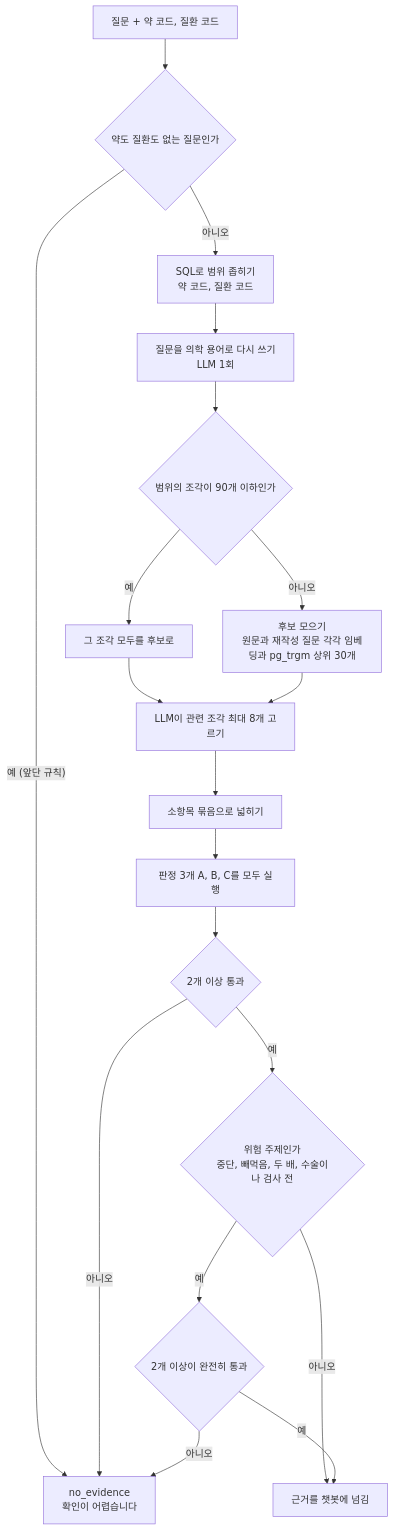
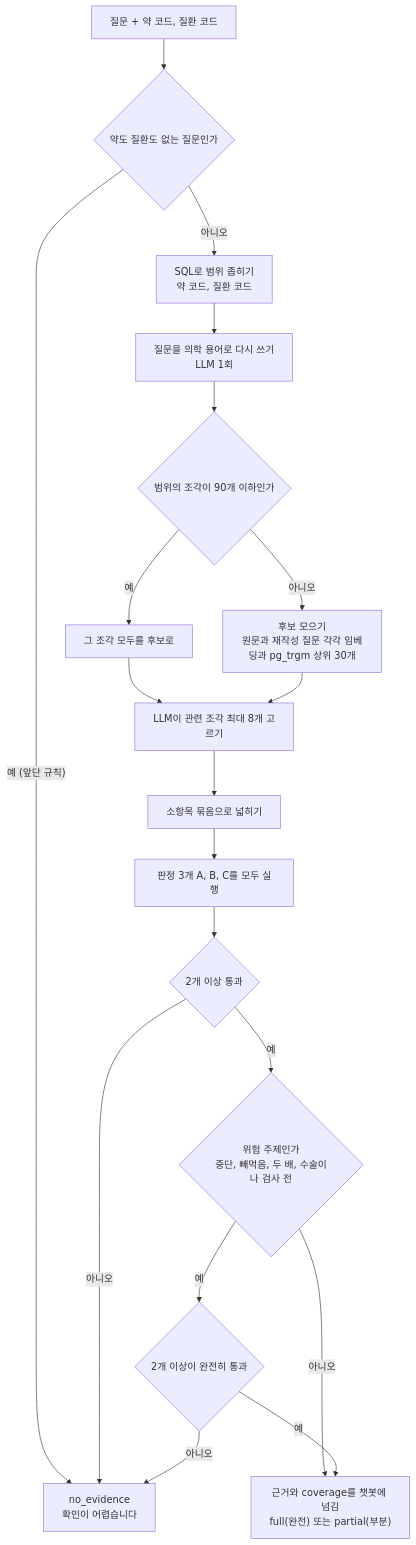
Before and after one commit to AI-HealthCare-06/AH_06_05: the eighth of 8 diagrams in docs/design/flowcharts_ocr_rag.md, drawn with Mermaid. The commit also changed other lines of this file and 3 other files, not shown here.

````diff
--- a/docs/design/flowcharts_ocr_rag.md
+++ b/docs/design/flowcharts_ocr_rag.md
@@ -252,21 +252,21 @@
 ```mermaid
 flowchart TD
     Q["질문 + 약 코드, 질환 코드"] --> Z{"약도 질환도 없는 질문인가"}
     Z -- "예 (앞단 규칙)" --> NE["no_evidence<br/>확인이 어렵습니다"]
     Z -- "아니오" --> SQ["SQL로 범위 좁히기<br/>약 코드, 질환 코드"]
     SQ --> RW["질문을 의학 용어로 다시 쓰기<br/>LLM 1회"]
     RW --> CD{"범위의 조각이 90개 이하인가"}
     CD -- "예" --> ALL["그 조각 모두를 후보로"]
     CD -- "아니오" --> C4["후보 모으기<br/>원문과 재작성 질문 각각 임베딩과 pg_trgm 상위 30개"]
     ALL --> SEL["LLM이 관련 조각 최대 8개 고르기"]
     C4 --> SEL
     SEL --> BN["소항목 묶음으로 넓히기"]
     BN --> J["판정 3개 A, B, C를 모두 실행"]
     J --> V{"2개 이상 통과"}
     V -- "아니오" --> NE
     V -- "예" --> RK{"위험 주제인가<br/>중단, 빼먹음, 두 배, 수술이나 검사 전"}
-    RK -- "아니오" --> OUT["근거를 챗봇에 넘김"]
+    RK -- "아니오" --> OUT["근거와 coverage를 챗봇에 넘김<br/>full(완전) 또는 partial(부분)"]
     RK -- "예" --> RK2{"2개 이상이 완전히 통과"}
     RK2 -- "예" --> OUT
     RK2 -- "아니오" --> NE
 ```
````
